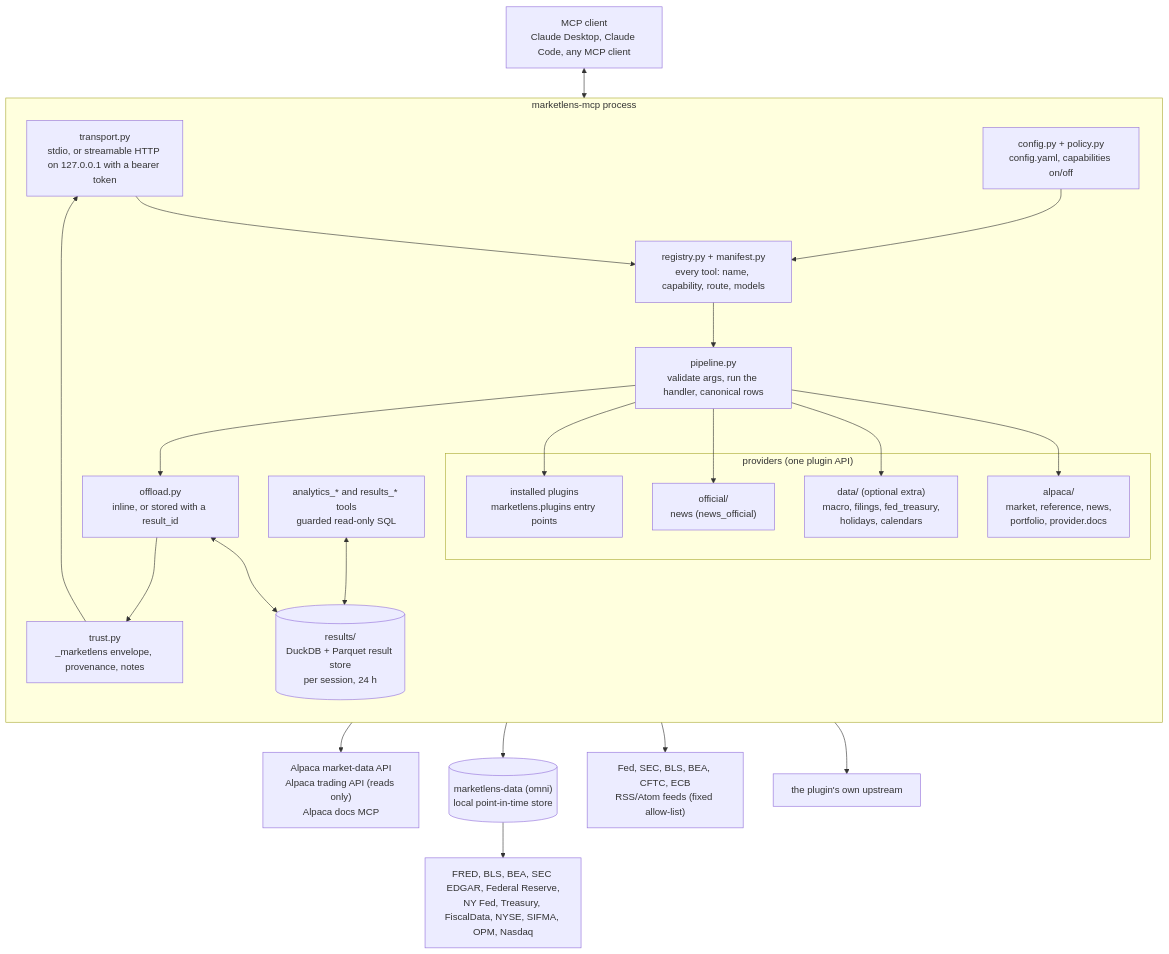
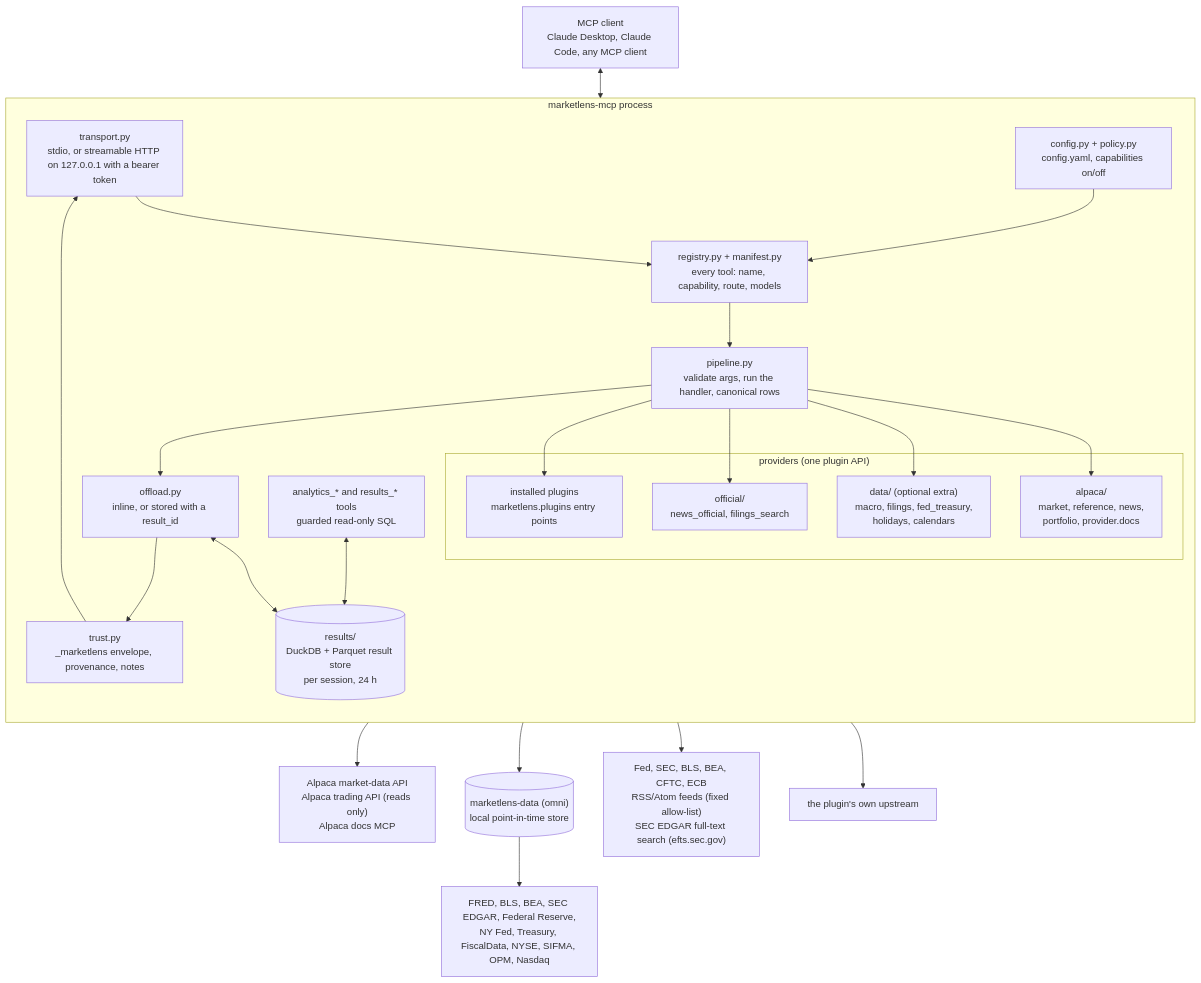
Before and after one commit to jasonwu001t/marketlens-mcp: the diagram in README.md, drawn with Mermaid. The commit also changed other lines of this file and 21 other files, not shown here.

````diff
--- a/README.md
+++ b/README.md
@@ -11,42 +11,42 @@
 ```mermaid
 flowchart TB
   client["MCP client<br/>Claude Desktop, Claude Code, any MCP client"]
   subgraph server["marketlens-mcp process"]
     direction TB
     transport["transport.py<br/>stdio, or streamable HTTP on 127.0.0.1 with a bearer token"]
     policy["config.py + policy.py<br/>config.yaml, capabilities on/off"]
     registry["registry.py + manifest.py<br/>every tool: name, capability, route, models"]
     pipeline["pipeline.py<br/>validate args, run the handler, canonical rows"]
     offload["offload.py<br/>inline, or stored with a result_id"]
     trust["trust.py<br/>_marketlens envelope, provenance, notes"]
     subgraph providers["providers (one plugin API)"]
       alpaca["alpaca/<br/>market, reference, news,<br/>portfolio, provider.docs"]
       data["data/ (optional extra)<br/>macro, filings, fed_treasury,<br/>holidays, calendars"]
-      official["official/<br/>news (news_official)"]
+      official["official/<br/>news_official, filings_search"]
       plugins["installed plugins<br/>marketlens.plugins entry points"]
     end
     store[("results/<br/>DuckDB + Parquet result store<br/>per session, 24 h")]
     analytics["analytics_* and results_* tools<br/>guarded read-only SQL"]
   end
   alpacaapi["Alpaca market-data API<br/>Alpaca trading API (reads only)<br/>Alpaca docs MCP"]
   omni[("marketlens-data (omni)<br/>local point-in-time store")]
   publishers["FRED, BLS, BEA, SEC EDGAR, Federal Reserve,<br/>NY Fed, Treasury, FiscalData, NYSE, SIFMA, OPM, Nasdaq"]
-  feeds["Fed, SEC, BLS, BEA, CFTC, ECB<br/>RSS/Atom feeds (fixed allow-list)"]
+  feeds["Fed, SEC, BLS, BEA, CFTC, ECB<br/>RSS/Atom feeds (fixed allow-list)<br/>SEC EDGAR full-text search (efts.sec.gov)"]
   other["the plugin's own upstream"]
 
   client <--> transport
   transport --> registry
   policy --> registry
   registry --> pipeline
   pipeline --> alpaca & data & official & plugins
   pipeline --> offload
   offload <--> store
   analytics <--> store
   offload --> trust
   trust --> transport
   alpaca --> alpacaapi
   data --> omni
   omni --> publishers
   official --> feeds
   plugins --> other
 ```
````
